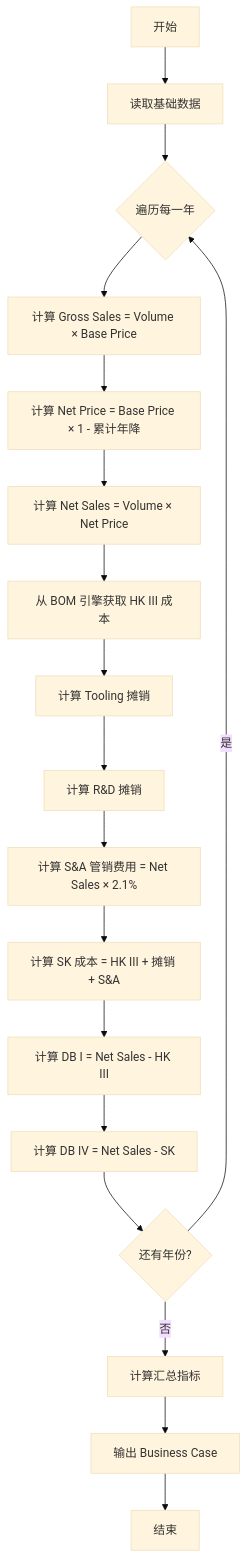
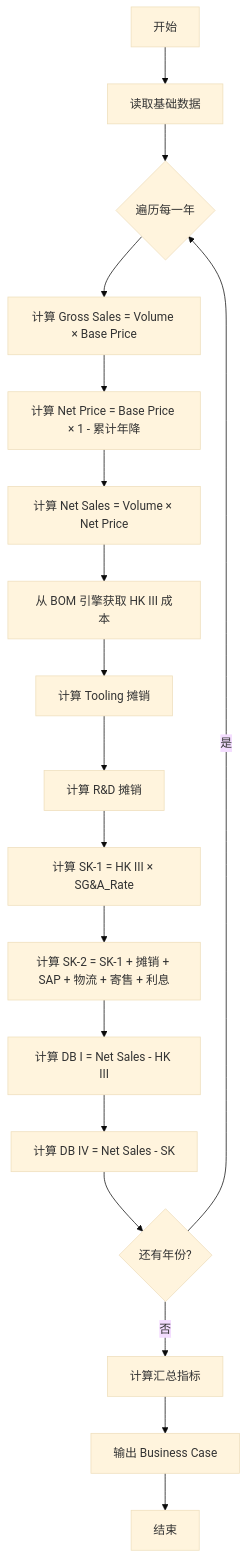
Before and after one commit to randyluo85/Quoting-Copilot: the diagram in docs/商业案例计算逻辑.md, drawn with Mermaid (base theme). The commit also changed other lines of this file and 3 other files, not shown here.

````diff
--- a/docs/商业案例计算逻辑.md
+++ b/docs/商业案例计算逻辑.md
@@ -586,20 +588,20 @@
 ```mermaid
 flowchart TD
     A[开始] --> B[读取基础数据]
     B --> C{遍历每一年}
     C --> D[计算 Gross Sales = Volume × Base Price]
     D --> E[计算 Net Price = Base Price × 1 - 累计年降]
     E --> F[计算 Net Sales = Volume × Net Price]
     F --> G[从 BOM 引擎获取 HK III 成本]
     G --> H[计算 Tooling 摊销]
     H --> I[计算 R&D 摊销]
-    I --> J[计算 S&A 管销费用 = Net Sales × 2.1%]
-    J --> K[计算 SK 成本 = HK III + 摊销 + S&A]
+    I --> J[计算 SK-1 = HK III × SG&A_Rate]
+    J --> K[计算 SK-2 = SK-1 + 摊销 + SAP + 物流 + 寄售 + 利息]
     K --> L[计算 DB I = Net Sales - HK III]
     L --> M[计算 DB IV = Net Sales - SK]
     M --> N{还有年份?}
     N -->|是| C
     N -->|否| O[计算汇总指标]
     O --> P[输出 Business Case]
     P --> Q[结束]
 ```
````
